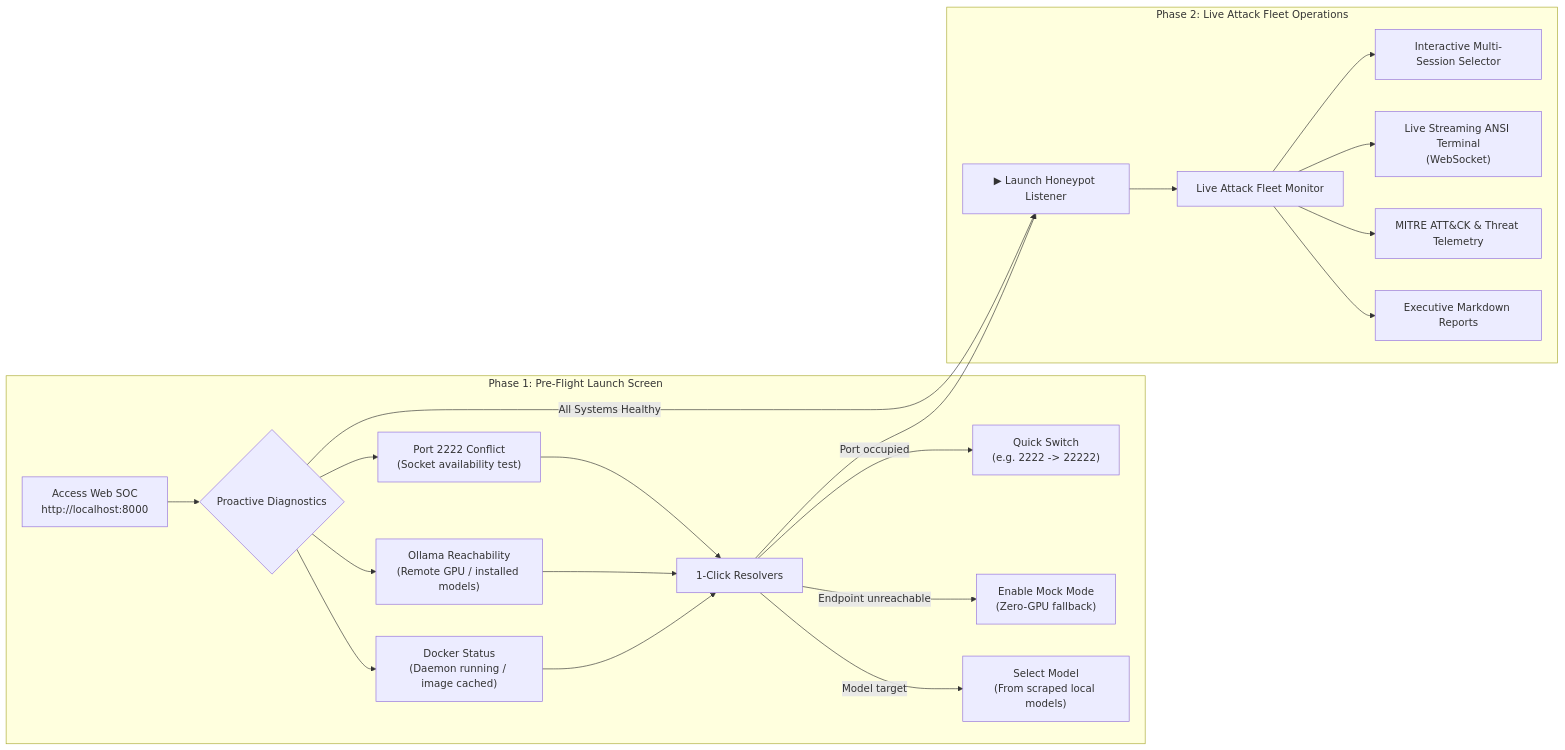
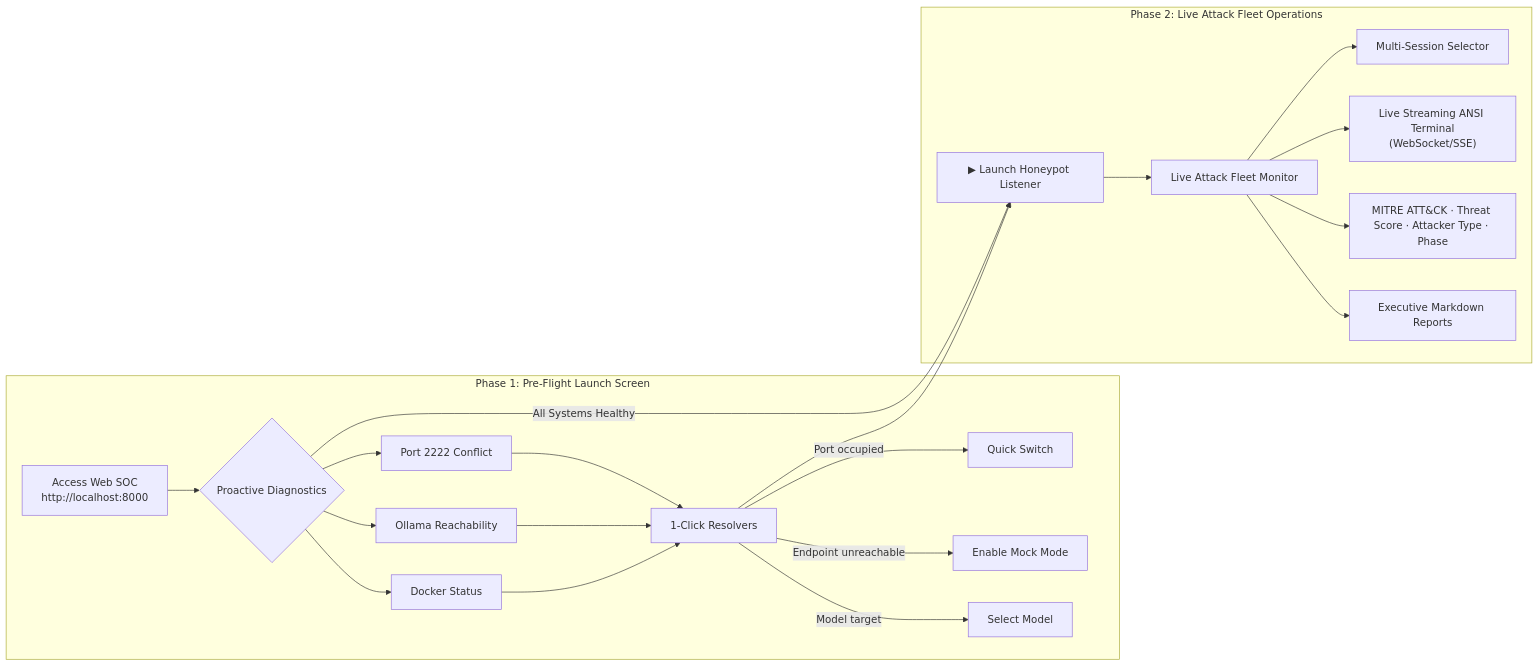
Before and after one commit to Cosmic-Infinity/Doppel: the third of 3 diagrams in README.md, drawn with Mermaid. The commit also changed other lines of this file and 8 other files, not shown here.

````diff
--- a/README.md
+++ b/README.md
@@ -129,28 +300,26 @@
 ```mermaid
 flowchart LR
     subgraph Phase1 ["Phase 1: Pre-Flight Launch Screen"]
         A["Access Web SOC<br>http://localhost:8000"] --> B{"Proactive Diagnostics"}
-        B --> C["Docker Status<br>(Daemon running / image cached)"]
-        B --> D["Ollama Reachability<br>(Remote GPU / installed models)"]
-        B --> E["Port 2222 Conflict<br>(Socket availability test)"]
-        
+        B --> C["Docker Status"]
+        B --> D["Ollama Reachability"]
+        B --> E["Port 2222 Conflict"]
         C --> F["1-Click Resolvers"]
         D --> F
         E --> F
-
-        F -->|"Port occupied"| G["Quick Switch<br>(e.g. 2222 -> 22222)"]
-        F -->|"Endpoint unreachable"| H["Enable Mock Mode<br>(Zero-GPU fallback)"]
-        F -->|"Model target"| I["Select Model<br>(From scraped local models)"]
+        F -->|"Port occupied"| G["Quick Switch"]
+        F -->|"Endpoint unreachable"| H["Enable Mock Mode"]
+        F -->|"Model target"| I["Select Model"]
     end
 
     subgraph Phase2 ["Phase 2: Live Attack Fleet Operations"]
         J["▶ Launch Honeypot Listener"] --> K["Live Attack Fleet Monitor"]
-        K --> L["Interactive Multi-Session Selector"]
-        K --> M["Live Streaming ANSI Terminal<br>(WebSocket)"]
-        K --> N["MITRE ATT&CK & Threat Telemetry"]
+        K --> L["Multi-Session Selector"]
+        K --> M["Live Streaming ANSI Terminal<br>(WebSocket/SSE)"]
+        K --> N["MITRE ATT&CK · Threat Score · Attacker Type · Phase"]
         K --> O["Executive Markdown Reports"]
     end
 
     F --> J
     B -->|"All Systems Healthy"| J
 ```
````
